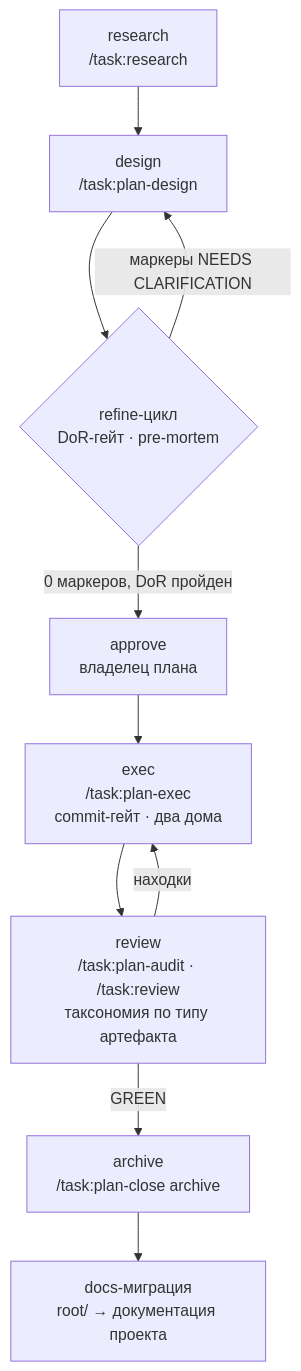
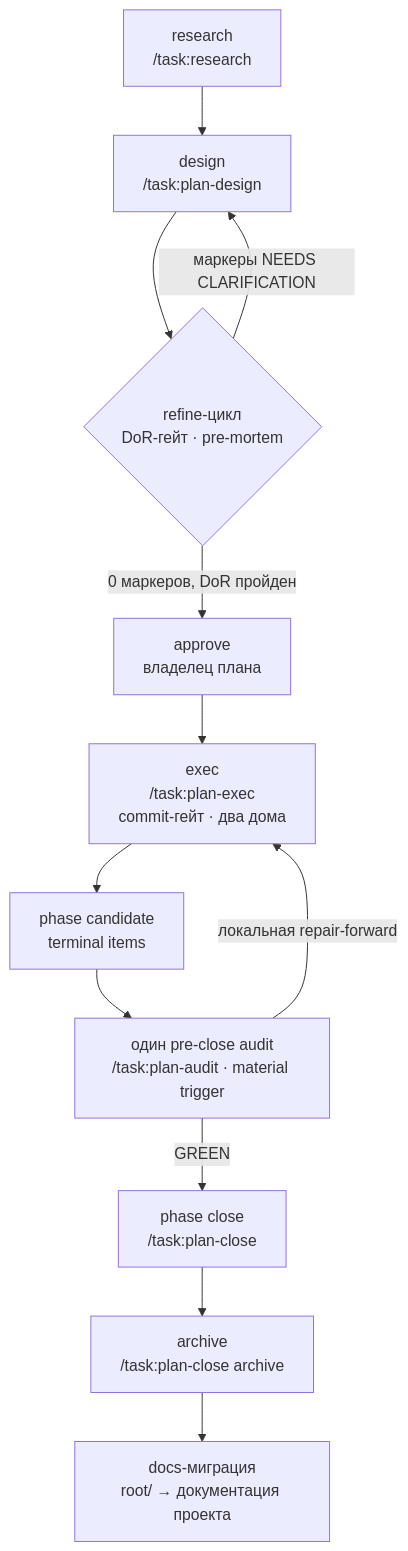
The diagram in docs/task/methodology.md (academici/swissknifeman), drawn with Mermaid before and after one commit. The commit also changed other lines of this file and 61 other files, not shown here.

Commit message:
feat(task): выровнять lifecycle plan-команд

````diff
--- a/docs/task/methodology.md
+++ b/docs/task/methodology.md
@@ -8,12 +8,14 @@
 ```mermaid
 flowchart TD
     R[research<br>/task:research] --> D[design<br>/task:plan-design]
     D --> RF{refine-цикл<br>DoR-гейт · pre-mortem}
     RF -- маркеры NEEDS CLARIFICATION --> D
     RF -- 0 маркеров, DoR пройден --> A[approve<br>владелец плана]
     A --> E[exec<br>/task:plan-exec<br>commit-гейт · два дома]
-    E --> RV[review<br>/task:plan-audit · /task:review<br>таксономия по типу артефакта]
-    RV -- находки --> E
-    RV -- GREEN --> AR[archive<br>/task:plan-close archive]
+    E --> C[phase candidate<br>terminal items]
+    C --> RV[один pre-close audit<br>/task:plan-audit · material trigger]
+    RV -- локальная repair-forward --> E
+    RV -- GREEN --> PC[phase close<br>/task:plan-close]
+    PC --> AR[archive<br>/task:plan-close archive]
     AR --> DOCS[docs-миграция<br>root/ → документация проекта]
 ```
````
